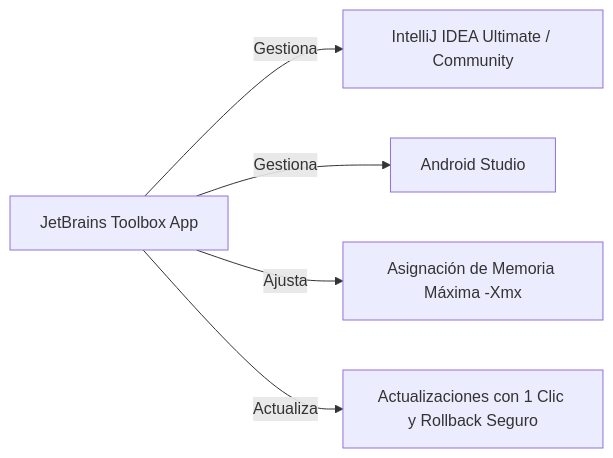
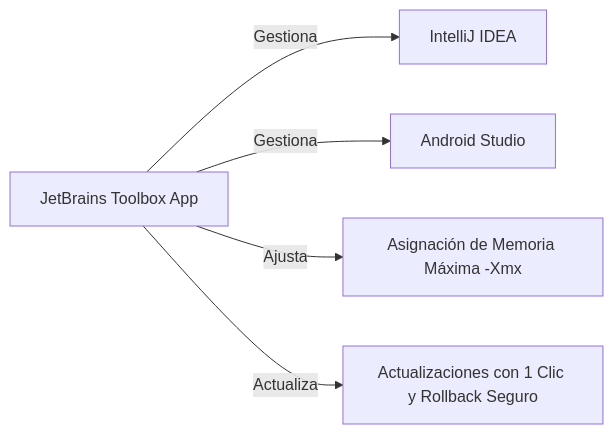
The third of 5 diagrams in docs/temas/00-android/00-ide-intellij/index.md (jssdocente/pmdm2627d), drawn with Mermaid before and after one commit. The commit also changed other lines of this file and 4 other files, not shown here.

````diff
--- a/docs/temas/00-android/00-ide-intellij/index.md
+++ b/docs/temas/00-android/00-ide-intellij/index.md
@@ -120,7 +122,7 @@
 ```mermaid
 graph LR
-    TB[JetBrains Toolbox App] -->|Gestiona| IJ[IntelliJ IDEA Ultimate / Community]
+    TB[JetBrains Toolbox App] -->|Gestiona| IJ[IntelliJ IDEA]
     TB -->|Gestiona| AS[Android Studio]
     TB -->|Ajusta| RAM[Asignación de Memoria Máxima -Xmx]
     TB -->|Actualiza| ROLL[Actualizaciones con 1 Clic y Rollback Seguro]
 ```
````
